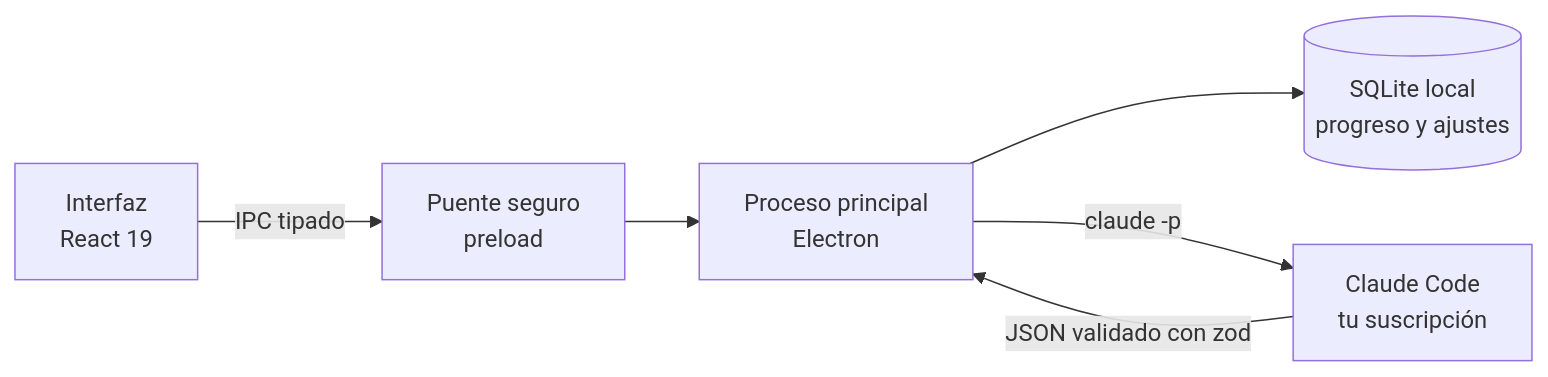
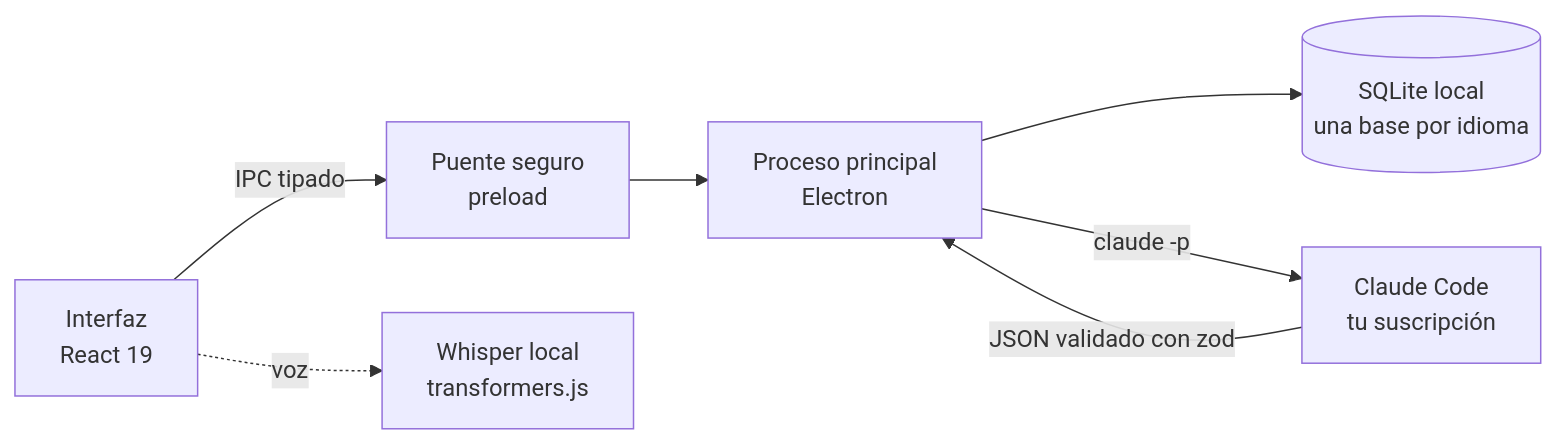
One commit to Fnqqew/enhome changed the diagram in README.md. Above: the diagram before and after it, drawn with Mermaid. The commit also changed other lines of this file and 16 other files, not shown here.

````diff
--- a/README.md
+++ b/README.md
@@ -107,8 +162,9 @@
 ```mermaid
 flowchart LR
   UI["Interfaz<br/>React 19"] -- "IPC tipado" --> P["Puente seguro<br/>preload"]
   P --> M["Proceso principal<br/>Electron"]
-  M --> DB[("SQLite local<br/>progreso y ajustes")]
+  M --> DB[("SQLite local<br/>una base por idioma")]
   M -- "claude -p" --> C["Claude Code<br/>tu suscripción"]
   C -- "JSON validado con zod" --> M
+  UI -. "voz" .-> W["Whisper local<br/>transformers.js"]
 ```
````
